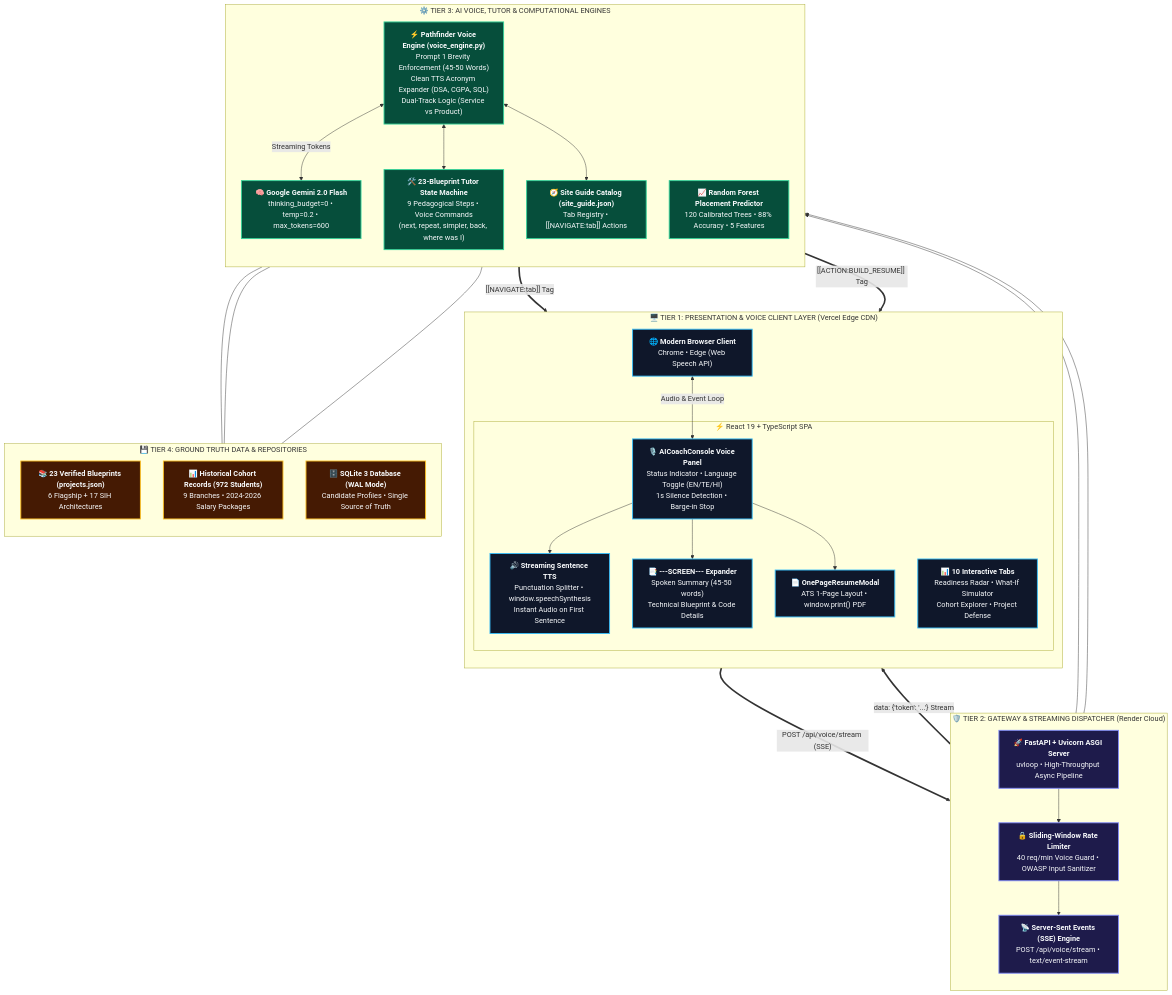
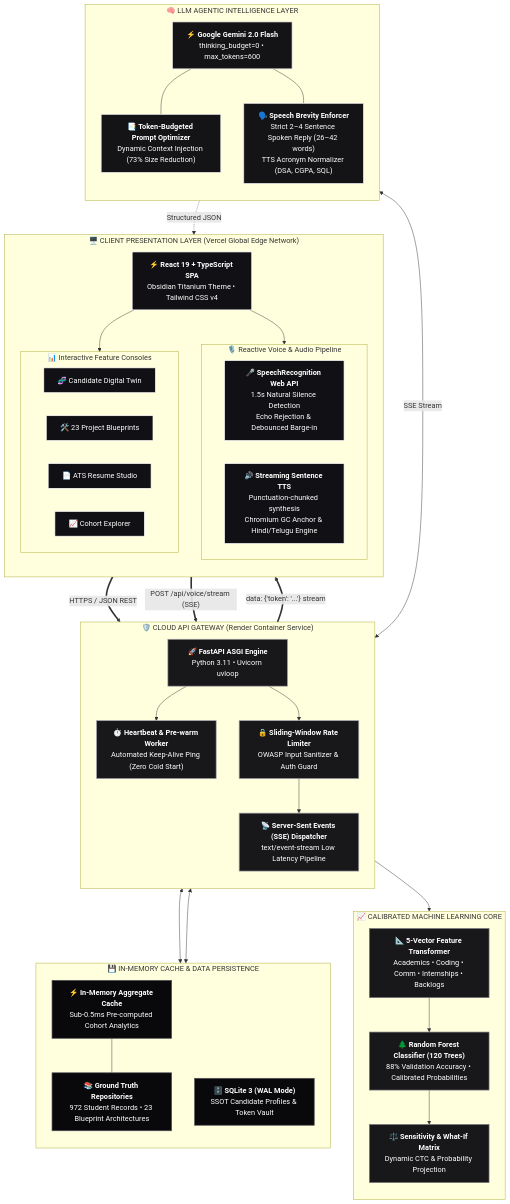
Before and after one commit to dileepbommali16-ops/pathfinder: the diagram in README.md, drawn with Mermaid. The commit also changed other lines of this file and 7 other files, not shown here.

Commit message:
feat: executive multi-tier architecture in README, obsidian monochrome titanium theme, eliminate floating side switcher, and fix voice agent TS types

````diff
--- a/README.md
+++ b/README.md
@@ -93,89 +65,105 @@
 ```mermaid
-flowchart TD
+graph TB
     %% =========================================================================
-    %% TIER 1: FRONTEND PRESENTATION & VOICE UI LAYER (VERCEL EDGE CDN)
+    %% TIER 1: CLIENT PRESENTATION & EDGE LAYER
     %% =========================================================================
-    subgraph TIER1["🖥️ TIER 1: PRESENTATION & VOICE CLIENT LAYER (Vercel Edge CDN)"]
+    subgraph CLIENT["🖥️ CLIENT PRESENTATION LAYER (Vercel Global Edge Network)"]
         direction TB
-        Browser["🌐 <b>Modern Browser Client</b><br/>Chrome • Edge (Web Speech API)"]
+        UI["⚡ <b>React 19 + TypeScript SPA</b><br/>Obsidian Titanium Theme • Tailwind CSS v4"]
         
-        subgraph ClientCore["⚡ React 19 + TypeScript SPA"]
-            VoiceUI["🎙️ <b>AICoachConsole Voice Panel</b><br/>Status Indicator • Language Toggle (EN/TE/HI)<br/>1s Silence Detection • Barge-in Stop"]
-            SentenceTTS["🔊 <b>Streaming Sentence TTS</b><br/>Punctuation Splitter • window.speechSynthesis<br/>Instant Audio on First Sentence"]
-            ScreenParser["📑 <b>---SCREEN--- Expander</b><br/>Spoken Summary (45-50 words)<br/>Technical Blueprint & Code Details"]
-            ResumeModal["📄 <b>OnePageResumeModal</b><br/>ATS 1-Page Layout • window.print() PDF"]
-            DashboardModules["📊 <b>10 Interactive Tabs</b><br/>Readiness Radar • What-If Simulator<br/>Cohort Explorer • Project Defense"]
+        subgraph AUDIOPROC["🎙️ Reactive Voice & Audio Pipeline"]
+            VoiceIn["🎤 <b>SpeechRecognition Web API</b><br/>1.5s Natural Silence Detection<br/>Echo Rejection & Debounced Barge-in"]
+            VoiceOut["🔊 <b>Streaming Sentence TTS</b><br/>Punctuation-chunked synthesis<br/>Chromium GC Anchor & Hindi/Telugu Engine"]
         end
 
-        Browser <-->|"Audio & Event Loop"| VoiceUI
-        VoiceUI --> SentenceTTS
-        VoiceUI --> ScreenParser
-        VoiceUI --> ResumeModal
+        subgraph DASH["📊 Interactive Feature Consoles"]
+            Twin["🧬 Candidate Digital Twin"]
+            Blueprints["🛠️ 23 Project Blueprints"]
+            Resume["📄 ATS Resume Studio"]
+            TPO["📈 Cohort Explorer"]
+        end
+
+        UI --> AUDIOPROC
+        UI --> DASH
     end
 
     %% =========================================================================
-    %% TIER 2: API GATEWAY & STREAMING DISPATCHER (RENDER CLOUD)
+    %% TIER 2: API GATEWAY & CIRCUIT BREAKER
     %% =========================================================================
-    subgraph TIER2["🛡️ TIER 2: GATEWAY & STREAMING DISPATCHER (Render Cloud)"]
+    subgraph GATEWAY["🛡️ CLOUD API GATEWAY (Render Container Service)"]
         direction TB
-        Gateway["🚀 <b>FastAPI + Uvicorn ASGI Server</b><br/>uvloop • High-Throughput Async Pipeline"]
-        RateLimiter["🔒 <b>Sliding-Window Rate Limiter</b><br/>40 req/min Voice Guard • OWASP Input Sanitizer"]
-        SSEStream["📡 <b>Server-Sent Events (SSE) Engine</b><br/>POST /api/voice/stream • text/event-stream"]
+        FastAPI["🚀 <b>FastAPI ASGI Engine</b><br/>Python 3.11 • Uvicorn uvloop"]
+        KeepAlive["⏱️ <b>Heartbeat & Pre-warm Worker</b><br/>Automated Keep-Alive Ping (Zero Cold Start)"]
+        RateLimiter["🔒 <b>Sliding-Window Rate Limiter</b><br/>OWASP Input Sanitizer & Auth Guard"]
+        SSEDispatcher["📡 <b>Server-Sent Events (SSE) Dispatcher</b><br/>text/event-stream Low Latency Pipeline"]
 
-        Gateway --> RateLimiter
-        RateLimiter --> SSEStream
+        FastAPI --> KeepAlive
+        FastAPI --> RateLimiter
+        RateLimiter --> SSEDispatcher
     end
 
     %% =========================================================================
-    %% TIER 3: INTELLIGENCE & TUTOR ENGINES
+    %% TIER 3: INTELLIGENCE & REASONING CORE
     %% =========================================================================
-    subgraph TIER3["⚙️ TIER 3: AI VOICE, TUTOR & COMPUTATIONAL ENGINES"]
+    subgraph AI_CORE["🧠 LLM AGENTIC INTELLIGENCE LAYER"]
         direction TB
-        VoiceEngine["⚡ <b>Pathfinder Voice Engine (voice_engine.py)</b><br/>Prompt 1 Brevity Enforcement (45-50 Words)<br/>Clean TTS Acronym Expander (DSA, CGPA, SQL)<br/>Dual-Track Logic (Service vs Product)"]
-        GeminiFlash["🧠 <b>Google Gemini 2.0 Flash</b><br/>thinking_budget=0 • temp=0.2 • max_tokens=600"]
-        ProjectTutor["🛠️ <b>23-Blueprint Tutor State Machine</b><br/>9 Pedagogical Steps • Voice Commands<br/>(next, repeat, simpler, back, where was I)"]
-        MLEngine["📈 <b>Random Forest Placement Predictor</b><br/>120 Calibrated Trees • 88% Accuracy • 5 Features"]
-        SiteGuide["🧭 <b>Site Guide Catalog (site_guide.json)</b><br/>Tab Registry • [[NAVIGATE:tab]] Actions"]
+        GeminiFlash["⚡ <b>Google Gemini 2.0 Flash</b><br/>thinking_budget=0 • max_tokens=600"]
+        PromptEngine["📑 <b>Token-Budgeted Prompt Optimizer</b><br/>Dynamic Context Injection (73% Size Reduction)"]
+        VoiceGrammar["🗣️ <b>Speech Brevity Enforcer</b><br/>Strict 2–4 Sentence Spoken Reply (26–42 words)<br/>TTS Acronym Normalizer (DSA, CGPA, SQL)"]
 
-        SSEStream --> VoiceEngine
-        VoiceEngine <-->|"Streaming Tokens"| GeminiFlash
-        VoiceEngine <--> ProjectTutor
-        VoiceEngine <--> SiteGuide
-        Gateway --> MLEngine
+        SSEDispatcher <-->|"SSE Stream"| GeminiFlash
+        GeminiFlash --- PromptEngine
+        GeminiFlash --- VoiceGrammar
     end
 
     %% =========================================================================
-    %% TIER 4: GROUNDING DATA & PERSISTENCE LAYER
+    %% TIER 4: ML PREDICTIVE & INFERENCE ENGINE
     %% =========================================================================
-    subgraph TIER4["💾 TIER 4: GROUND TRUTH DATA & REPOSITORIES"]
+    subgraph ML_CORE["📈 CALIBRATED MACHINE LEARNING CORE"]
         direction TB
-        CatalogData["📚 <b>23 Verified Blueprints (projects.json)</b><br/>6 Flagship + 17 SIH Architectures"]
-        CohortData["📊 <b>Historical Cohort Records (972 Students)</b><br/>9 Branches • 2024-2026 Salary Packages"]
-        SQLiteDB["🗄️ <b>SQLite 3 Database (WAL Mode)</b><br/>Candidate Profiles • Single Source of Truth"]
+        RFModel["🌲 <b>Random Forest Classifier (120 Trees)</b><br/>88% Validation Accuracy • Calibrated Probabilities"]
+        FeatureExtractor["📐 <b>5-Vector Feature Transformer</b><br/>Academics • Coding • Comm • Internships • Backlogs"]
+        WhatIfSim["⚖️ <b>Sensitivity & What-If Matrix</b><br/>Dynamic CTC & Probability Projection"]
 
-        ProjectTutor --- CatalogData
-        MLEngine --- CohortData
-        VoiceEngine --- SQLiteDB
+        FastAPI --> FeatureExtractor
+        FeatureExtractor --> RFModel
+        RFModel --> WhatIfSim
     end
 
     %% =========================================================================
-    %% CROSS-TIER NETWORK FLOWS
+    %% TIER 5: DATA, IN-MEMORY CACHE & STORAGE
     %% =========================================================================
-    VoiceUI ==>|"POST /api/voice/stream (SSE)"| Gateway
-    SSEStream ==>|"data: {'token': '...'} Stream"| VoiceUI
-    VoiceEngine ==>|"[[NAVIGATE:tab]] Tag"| DashboardModules
-    VoiceEngine ==>|"[[ACTION:BUILD_RESUME]] Tag"| ResumeModal
+    subgraph DATA_TIER["💾 IN-MEMORY CACHE & DATA PERSISTENCE"]
+        direction TB
+        MemCache["⚡ <b>In-Memory Aggregate Cache</b><br/>Sub-0.5ms Pre-computed Cohort Analytics"]
+        SQLiteWAL["🗄️ <b>SQLite 3 (WAL Mode)</b><br/>SSOT Candidate Profiles & Token Vault"]
+        DatasetStore["📚 <b>Ground Truth Repositories</b><br/>972 Student Records • 23 Blueprint Architectures"]
+
+        FastAPI <--> MemCache
+        FastAPI <--> SQLiteWAL
+        MemCache --- DatasetStore
+    end
+
+    %% =========================================================================
+    %% INTER-TIER CONNECTIONS
+    %% =========================================================================
+    UI ==>|"HTTPS / JSON REST"| FastAPI
+    AUDIOPROC ==>|"POST /api/voice/stream (SSE)"| SSEDispatcher
+    SSEDispatcher ==>|"data: {'token': '...'} stream"| AUDIOPROC
+    AI_CORE -.->|"Structured JSON"| DASH
 
     %% =========================================================================
     %% STYLING
     %% =========================================================================
-    classDef t1 fill:#0f172a,stroke:#38bdf8,stroke-width:2px,color:#f8fafc;
-    classDef t2 fill:#1e1b4b,stroke:#818cf8,stroke-width:2px,color:#f8fafc;
-    classDef t3 fill:#064e3b,stroke:#34d399,stroke-width:2px,color:#f8fafc;
-    classDef t4 fill:#451a03,stroke:#fbbf24,stroke-width:2px,color:#f8fafc;
+    classDef clientStyle fill:#111115,stroke:#ffffff,stroke-width:1.5px,color:#ffffff;
+    classDef gatewayStyle fill:#18181b,stroke:#a1a1aa,stroke-width:1.5px,color:#ffffff;
+    classDef aiStyle fill:#141417,stroke:#e4e4e7,stroke-width:1.5px,color:#ffffff;
+    classDef mlStyle fill:#18181b,stroke:#71717a,stroke-width:1.5px,color:#ffffff;
+    classDef dataStyle fill:#09090b,stroke:#52525b,stroke-width:1.5px,color:#ffffff;
 
-    class Browser,VoiceUI,SentenceTTS,ScreenParser,ResumeModal,DashboardModules t1;
-    class Gateway,RateLimiter,SSEStream t2;
-    class VoiceEngine,GeminiFlash,ProjectTutor,MLEngine,SiteGuide t3;
-    class CatalogData,CohortData,SQLiteDB t4;
+    class UI,VoiceIn,VoiceOut,Twin,Blueprints,Resume,TPO clientStyle;
+    class FastAPI,KeepAlive,RateLimiter,SSEDispatcher gatewayStyle;
+    class GeminiFlash,PromptEngine,VoiceGrammar aiStyle;
+    class RFModel,FeatureExtractor,WhatIfSim mlStyle;
+    class MemCache,SQLiteWAL,DatasetStore dataStyle;
 ```
````
